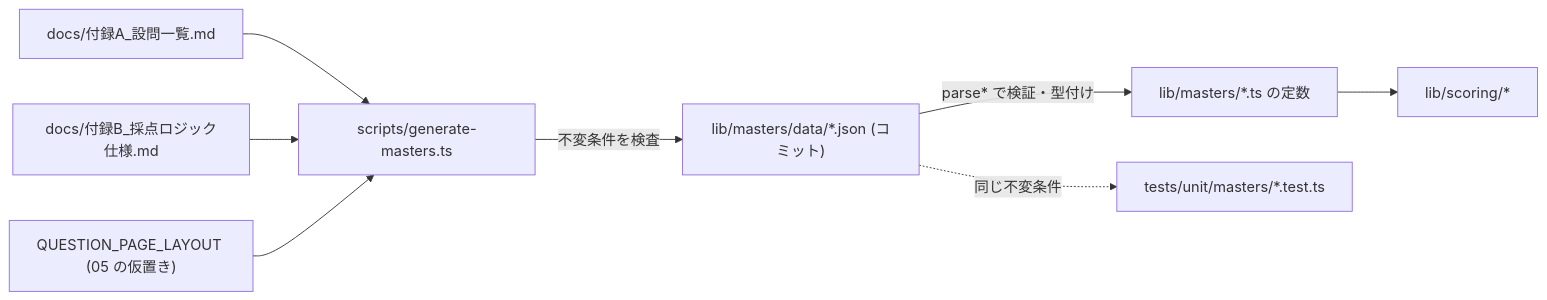
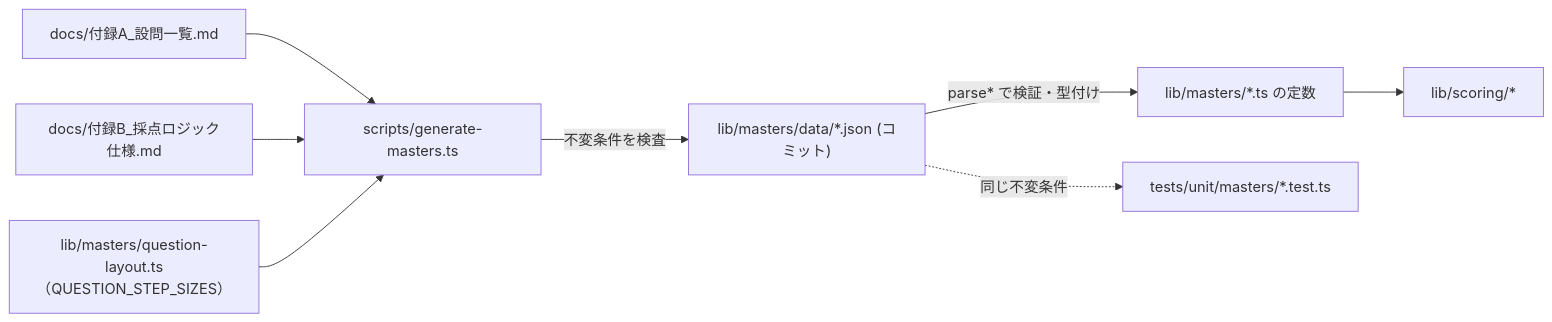
The second of 2 diagrams in docs/基本設計/03_採点エンジン設計.md (tanukichiyamaguchi/Tekisei-Kensa), drawn with Mermaid before and after one commit. The commit also changed other lines of this file and 27 other files, not shown here.

````diff
--- a/docs/基本設計/03_採点エンジン設計.md
+++ b/docs/基本設計/03_採点エンジン設計.md
@@ -501,10 +508,10 @@
 ```mermaid
 flowchart LR
     A["docs/付録A_設問一覧.md"] --> G["scripts/generate-masters.ts"]
     B["docs/付録B_採点ロジック仕様.md"] --> G
-    L["QUESTION_PAGE_LAYOUT (05 の仮置き)"] --> G
+    L["lib/masters/question-layout.ts（QUESTION_STEP_SIZES）"] --> G
     G -->|"不変条件を検査"| J["lib/masters/data/*.json (コミット)"]
     J -->|"parse* で検証・型付け"| M["lib/masters/*.ts の定数"]
     M --> S["lib/scoring/*"]
     J -.->|"同じ不変条件"| T["tests/unit/masters/*.test.ts"]
 ```
````
